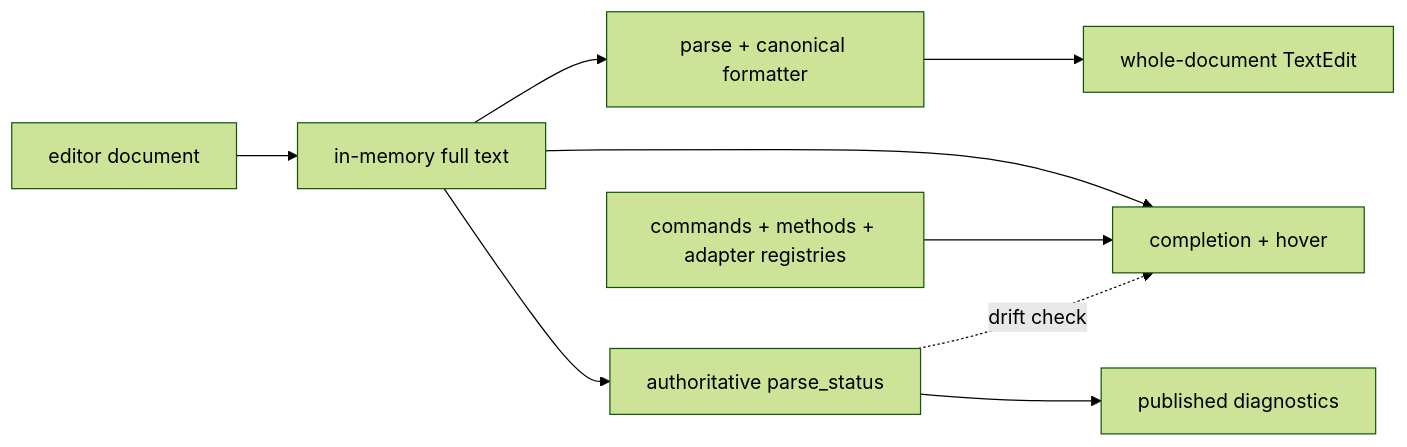
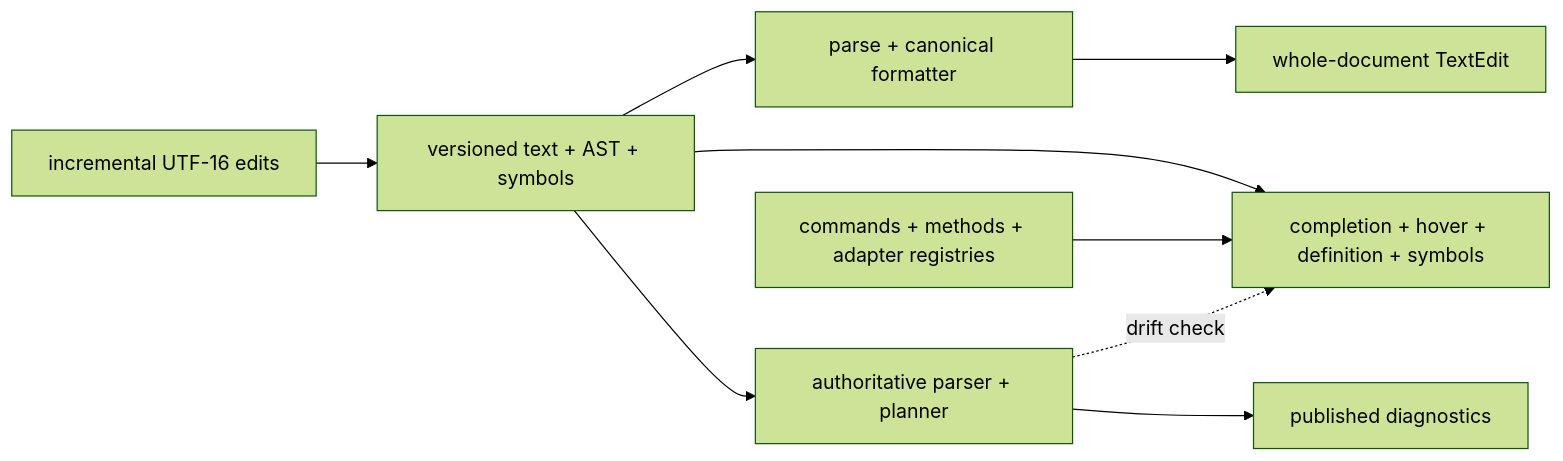
The fourth of 4 diagrams in site/content/internals/prompt-editor-lsp.md (alliecatowo/shoal), drawn with Mermaid (forest theme) before and after one commit. The commit also changed other lines of this file and 17 other files, not shown here.

````diff
--- a/site/content/internals/prompt-editor-lsp.md
+++ b/site/content/internals/prompt-editor-lsp.md
@@ -541,13 +541,13 @@
 ```mermaid
 flowchart LR
 accTitle: LSP request and semantic-drift pipeline
 accDescr: Editor text flows through authoritative parser and formatter services, while completion and hover approximations are checked against shared language registries to expose drift.
-  Editor["editor document"] --> Docs["in-memory full text"]
-  Docs --> Parser["authoritative parse_status"]
+  Editor["incremental UTF-16 edits"] --> Docs["versioned text + AST + symbols"]
+  Docs --> Parser["authoritative parser + planner"]
   Parser --> Diagnostics["published diagnostics"]
   Docs --> Formatter["parse + canonical formatter"]
   Formatter --> Edit["whole-document TextEdit"]
-  Docs --> Assist["completion + hover"]
+  Docs --> Assist["completion + hover + definition + symbols"]
   Grammar["commands + methods + adapter registries"] --> Assist
   Parser -. "drift check" .-> Assist
 ```
````
